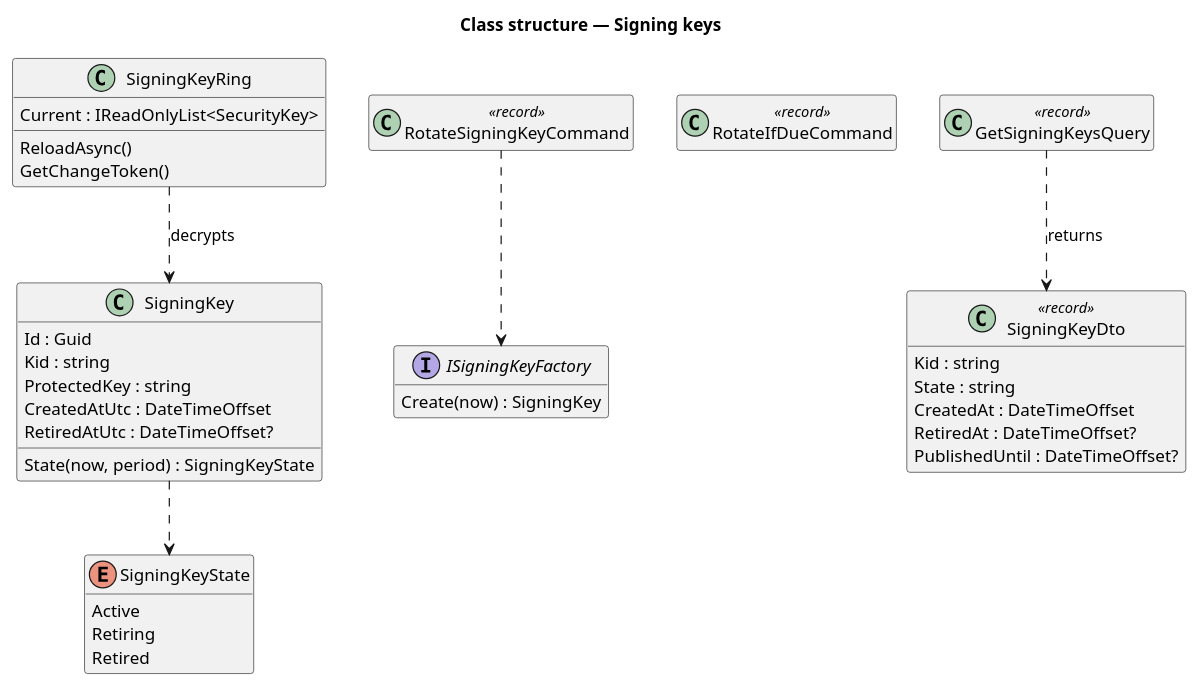
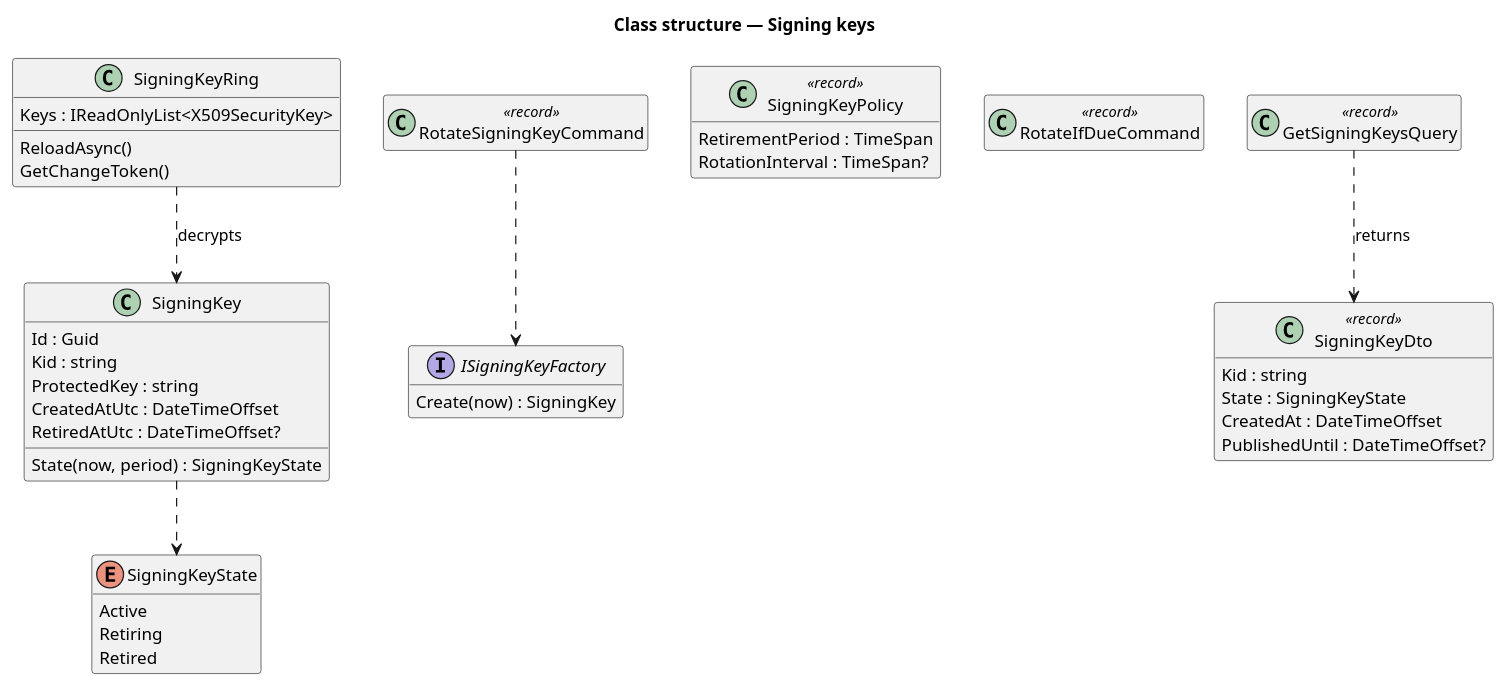
The diagram in docs/detailed-designs/identity-provider/signing-keys/diagrams/class-structure.puml (QuinntyneBrown/ingresso), drawn with PlantUML before and after one commit. The commit also changed 5 other files, not shown here.

Commit message:
docs(identity-provider): align the signing-keys design and estimate with the build

```diff
--- a/docs/detailed-designs/identity-provider/signing-keys/diagrams/class-structure.puml
+++ b/docs/detailed-designs/identity-provider/signing-keys/diagrams/class-structure.puml
@@ -1,39 +1,42 @@
 @startuml
 title Class structure — Signing keys
 hide empty members
 class SigningKey {
   Id : Guid
   Kid : string
   ProtectedKey : string
   CreatedAtUtc : DateTimeOffset
   RetiredAtUtc : DateTimeOffset?
   State(now, period) : SigningKeyState
 }
 enum SigningKeyState {
   Active
   Retiring
   Retired
 }
 interface ISigningKeyFactory {
   Create(now) : SigningKey
 }
+class SigningKeyPolicy <<record>> {
+  RetirementPeriod : TimeSpan
+  RotationInterval : TimeSpan?
+}
 class RotateSigningKeyCommand <<record>>
 class RotateIfDueCommand <<record>>
 class GetSigningKeysQuery <<record>>
 class SigningKeyDto <<record>> {
   Kid : string
-  State : string
+  State : SigningKeyState
   CreatedAt : DateTimeOffset
-  RetiredAt : DateTimeOffset?
   PublishedUntil : DateTimeOffset?
 }
 class SigningKeyRing {
-  Current : IReadOnlyList<SecurityKey>
+  Keys : IReadOnlyList<X509SecurityKey>
   ReloadAsync()
   GetChangeToken()
 }
 SigningKey ..> SigningKeyState
 RotateSigningKeyCommand ..> ISigningKeyFactory
 GetSigningKeysQuery ..> SigningKeyDto : returns
 SigningKeyRing ..> SigningKey : decrypts
 @enduml
```
